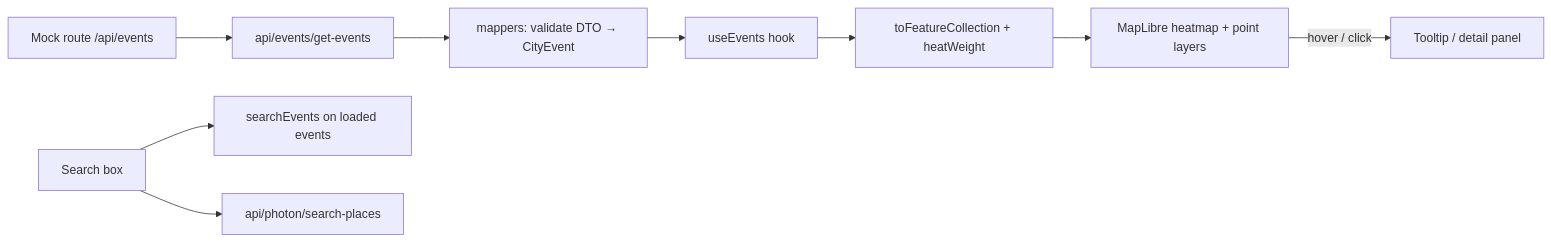
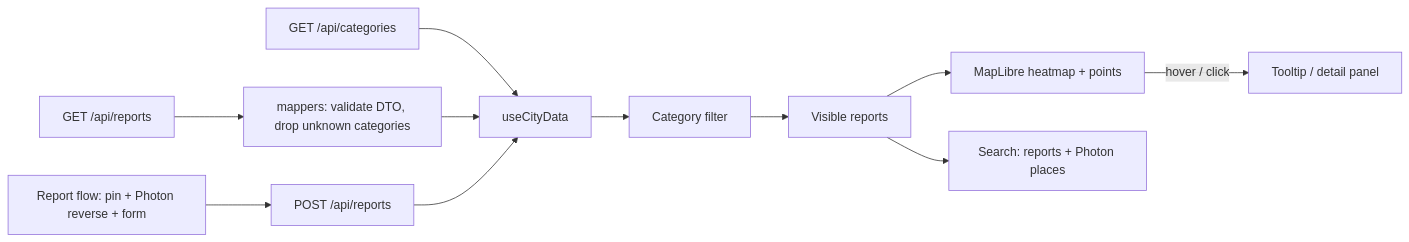
Before and after one commit to delve-group/smart-city: the diagram in docs/architecture.md, drawn with Mermaid. The commit also changed other lines of this file and 5 other files, not shown here.

Commit message:
docs: describe the report map, its features and the demo backend

````diff
--- a/docs/architecture.md
+++ b/docs/architecture.md
@@ -44,11 +44,13 @@
 ```mermaid
 flowchart LR
-    M[Mock route /api/events] --> G[api/events/get-events]
-    G --> P[mappers: validate DTO → CityEvent]
-    P --> H[useEvents hook]
-    H --> F[toFeatureCollection + heatWeight]
-    F --> L[MapLibre heatmap + point layers]
-    S[Search box] --> X[searchEvents on loaded events]
-    S --> Y[api/photon/search-places]
-    L -- hover / click --> T[Tooltip / detail panel]
+    C[GET /api/categories] --> H[useCityData]
+    R[GET /api/reports] --> M[mappers: validate DTO, drop unknown categories]
+    M --> H
+    H --> F[Category filter]
+    F --> V[Visible reports]
+    V --> L[MapLibre heatmap + points]
+    V --> S[Search: reports + Photon places]
+    L -- hover / click --> P[Tooltip / detail panel]
+    N[Report flow: pin + Photon reverse + form] --> W[POST /api/reports]
+    W --> H
 ```
````
